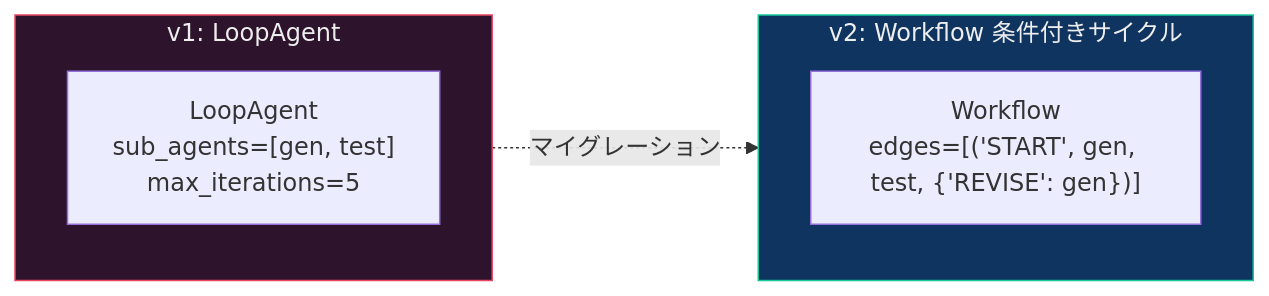
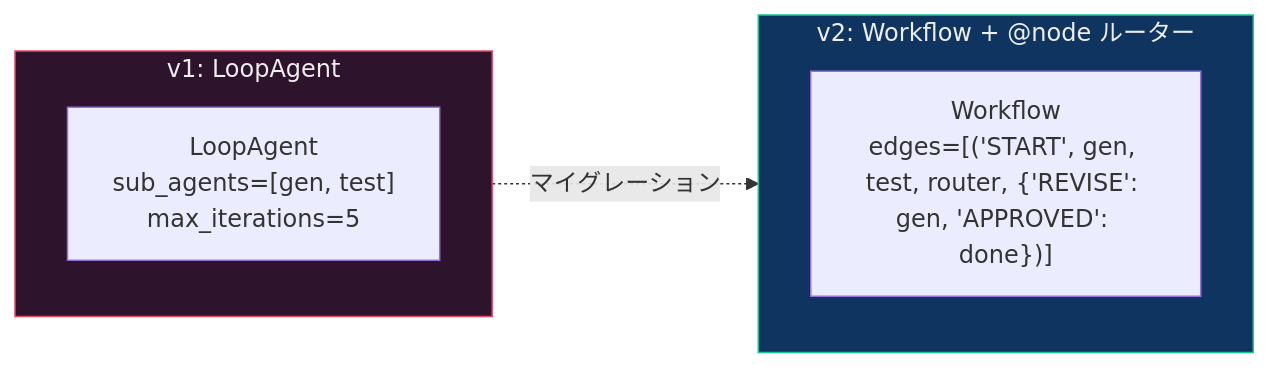
Before and after one commit to tyorikan/agent-design-patterns: the sixth of 8 diagrams in docs/v1-to-v2-migration-guide.md, drawn with Mermaid. The commit also changed other lines of this file and 15 other files, not shown here.

````diff
--- a/docs/v1-to-v2-migration-guide.md
+++ b/docs/v1-to-v2-migration-guide.md
@@ -276,13 +283,13 @@
 ```mermaid
 graph LR
     subgraph before["v1: LoopAgent"]
         LA["LoopAgent<br/>sub_agents=[gen, test]<br/>max_iterations=5"]
     end
-    subgraph after["v2: Workflow 条件付きサイクル"]
-        WF3["Workflow<br/>edges=[('START', gen, test, {'REVISE': gen})]"]
+    subgraph after["v2: Workflow + @node ルーター"]
+        WF3["Workflow<br/>edges=[('START', gen, test, router, {'REVISE': gen, 'APPROVED': done})]"]
     end
     before -.->|マイグレーション| after
 
     style before fill:#2d132c,stroke:#e94560,color:#eee
     style after fill:#0f3460,stroke:#16c79a,color:#eee
 ```
````
